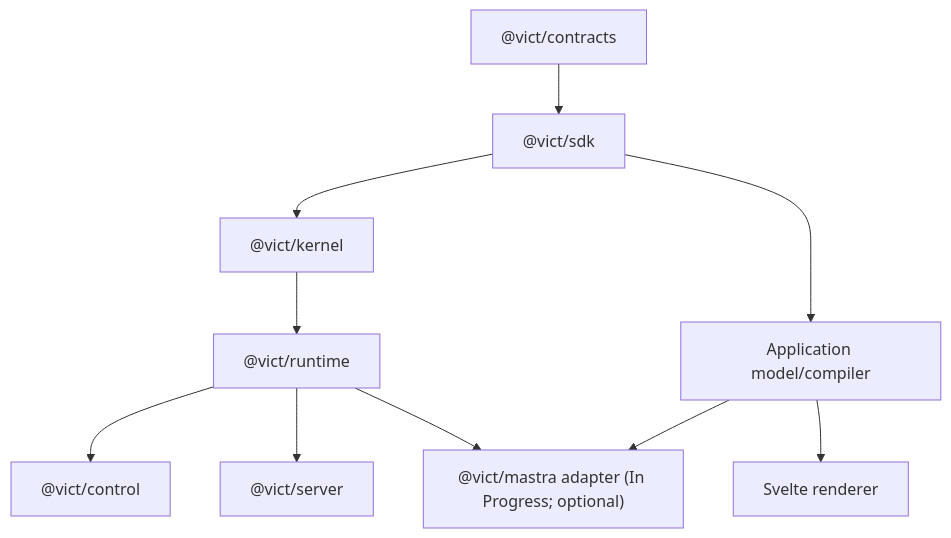
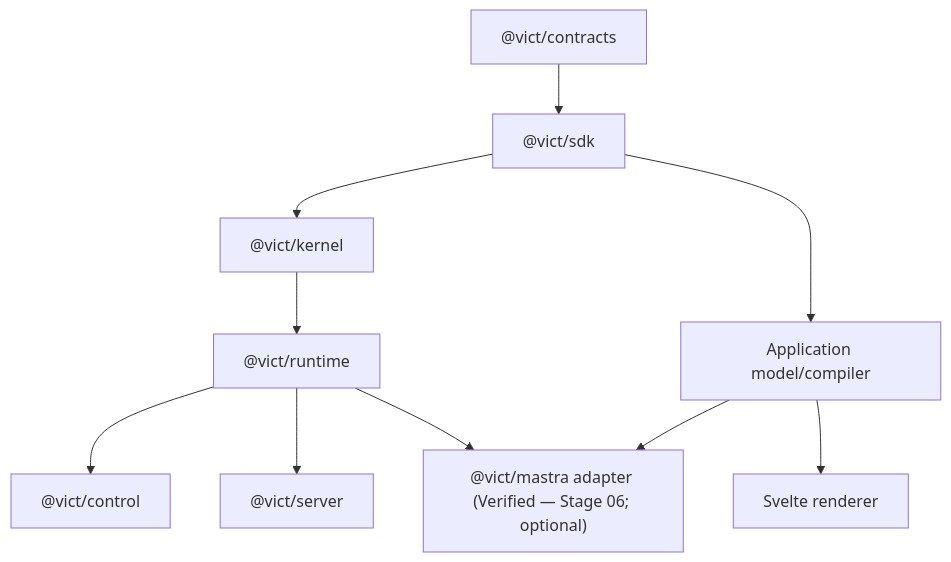
The second of 7 diagrams in docs/VICT-SYSTEM-REFERENCE.md (radz2291/vict-02), drawn with Mermaid before and after one commit. The commit also changed other lines of this file and 3 other files, not shown here.

````diff
--- a/docs/VICT-SYSTEM-REFERENCE.md
+++ b/docs/VICT-SYSTEM-REFERENCE.md
@@ -514,12 +588,12 @@
 ```mermaid
 flowchart TB
     CONTRACTS["@vict/contracts"] --> SDK["@vict/sdk"]
     SDK --> KERNEL["@vict/kernel"]
     SDK --> APPMODEL["Application model/compiler"]
     KERNEL --> RUNTIME["@vict/runtime"]
     APPMODEL --> RENDERER["Svelte renderer"]
     RUNTIME --> CONTROL["@vict/control"]
     RUNTIME --> SERVER["@vict/server"]
-    RUNTIME --> MASTRA["@vict/mastra adapter (In Progress; optional)"]
+    RUNTIME --> MASTRA["@vict/mastra adapter (Verified — Stage 06; optional)"]
     APPMODEL --> MASTRA
 ```
````
